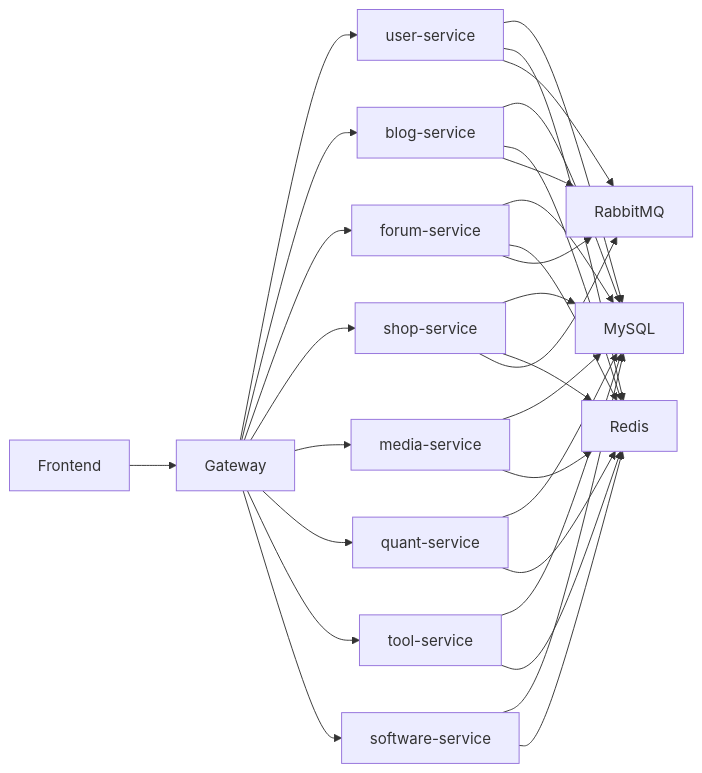
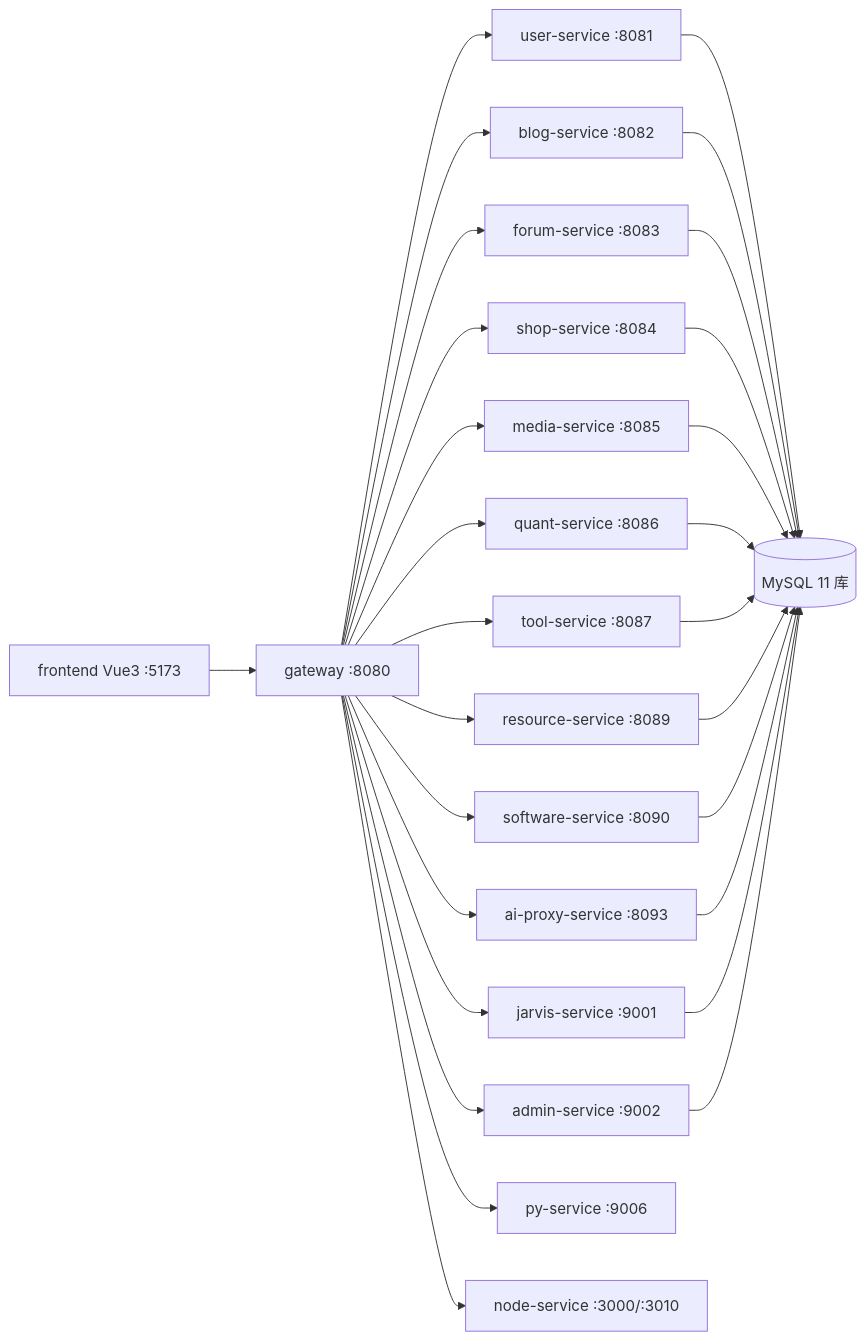
The diagram in MODULES.md (zhult218-art/web3-blog), drawn with Mermaid before and after one commit. The commit also changed other lines of this file and 9 other files, not shown here.

````diff
--- a/MODULES.md
+++ b/MODULES.md
@@ -5,32 +11,32 @@
 ```mermaid
 flowchart LR
-  A[Frontend] --> B[Gateway]
-  B --> C[user-service]
-  B --> D[blog-service]
-  B --> E[forum-service]
-  B --> F[shop-service]
-  B --> G[media-service]
-  B --> H[quant-service]
-  B --> I[tool-service]
-  B --> J[software-service]
-  C --> K[MySQL]
-  D --> K
-  E --> K
-  F --> K
-  G --> K
-  H --> K
-  I --> K
-  J --> K
-  C --> L[Redis]
-  D --> L
-  E --> L
-  F --> L
-  G --> L
-  H --> L
-  I --> L
-  J --> L
-  C --> M[RabbitMQ]
-  D --> M
-  E --> M
-  F --> M
+  FE[frontend Vue3 :5173] --> GW[gateway :8080]
+
+  GW --> US[user-service :8081]
+  GW --> BS[blog-service :8082]
+  GW --> FS[forum-service :8083]
+  GW --> SS[shop-service :8084]
+  GW --> MS[media-service :8085]
+  GW --> QS[quant-service :8086]
+  GW --> TS[tool-service :8087]
+  GW --> RS[resource-service :8089]
+  GW --> SW[software-service :8090]
+  GW --> AP[ai-proxy-service :8093]
+  GW --> JS[jarvis-service :9001]
+  GW --> AS[admin-service :9002]
+  GW --> PY[py-service :9006]
+  GW --> NE[node-service :3000/:3010]
+
+  US --> DB[(MySQL 11 库)]
+  BS --> DB
+  FS --> DB
+  SS --> DB
+  MS --> DB
+  QS --> DB
+  TS --> DB
+  RS --> DB
+  SW --> DB
+  AP --> DB
+  JS --> DB
+  AS --> DB
 ```
````
